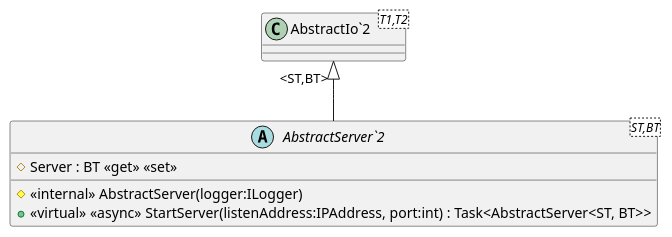
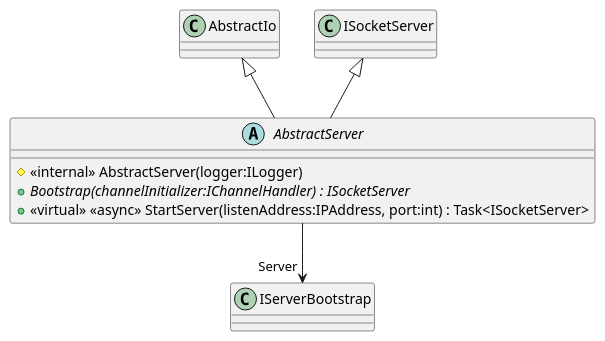
Before and after one commit to catalyst-network/Catalyst: the diagram in Documentation/UML/Catalyst.Node.Common/Helpers/IO/Inbound/AbstractServer.puml, drawn with PlantUML. The commit also changed 20 other files, not shown here.

```diff
--- a/Documentation/UML/Catalyst.Node.Common/Helpers/IO/Inbound/AbstractServer.puml
+++ b/Documentation/UML/Catalyst.Node.Common/Helpers/IO/Inbound/AbstractServer.puml
@@ -1,10 +1,10 @@
 @startuml
-abstract class "AbstractServer`2"<ST,BT> {
-    # Server : BT <<get>> <<set>>
+abstract class AbstractServer {
     # <<internal>> AbstractServer(logger:ILogger)
-    + <<virtual>> <<async>> StartServer(listenAddress:IPAddress, port:int) : Task<AbstractServer<ST, BT>>
+    + {abstract} Bootstrap(channelInitializer:IChannelHandler) : ISocketServer
+    + <<virtual>> <<async>> StartServer(listenAddress:IPAddress, port:int) : Task<ISocketServer>
 }
-class "AbstractIo`2"<T1,T2> {
-}
-"AbstractIo`2" "<ST,BT>" <|-- "AbstractServer`2"
+AbstractIo <|-- AbstractServer
+ISocketServer <|-- AbstractServer
+AbstractServer --> "Server" IServerBootstrap
 @enduml
```
